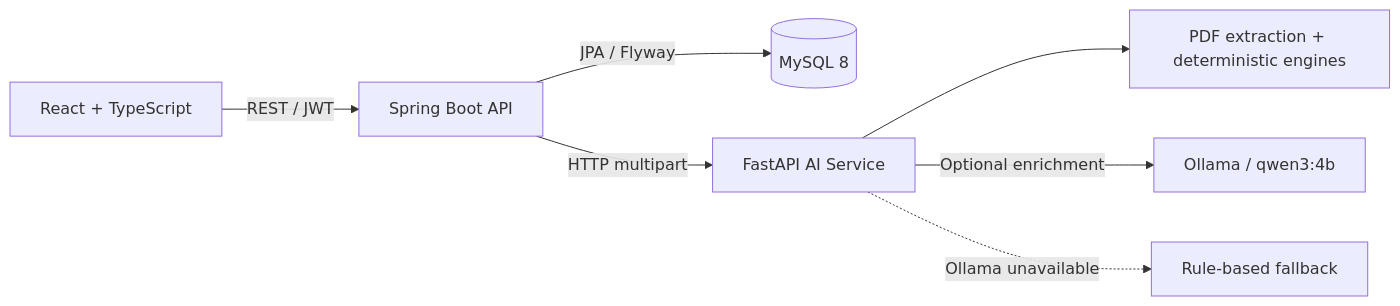
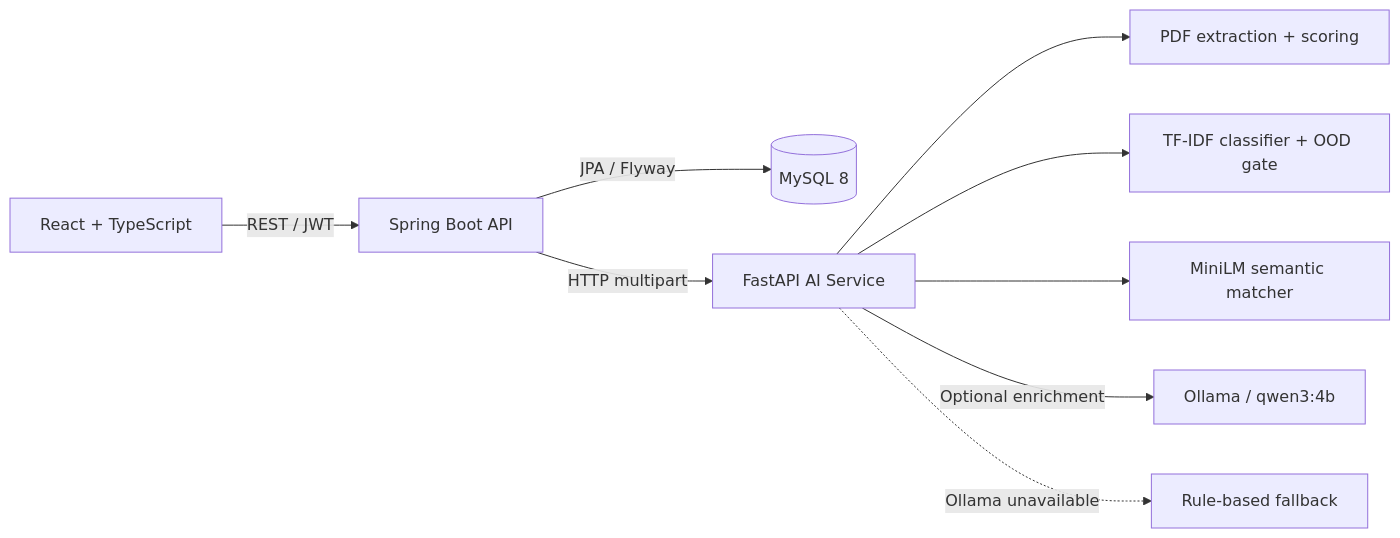
Before and after one commit to TranQuan231005/AI_RESUME_ANALYZER: the diagram in README.md, drawn with Mermaid. The commit also changed other lines of this file and 127 other files, not shown here.

````diff
--- a/README.md
+++ b/README.md
@@ -43,9 +43,11 @@
 ```mermaid
 flowchart LR
     Browser[React + TypeScript] -->|REST / JWT| Backend[Spring Boot API]
     Backend -->|JPA / Flyway| Database[(MySQL 8)]
     Backend -->|HTTP multipart| AI[FastAPI AI Service]
-    AI --> Parser[PDF extraction + deterministic engines]
+    AI --> Parser[PDF extraction + scoring]
+    AI --> Classifier[TF-IDF classifier + OOD gate]
+    AI --> Matcher[MiniLM semantic matcher]
     AI -->|Optional enrichment| Ollama[Ollama / qwen3:4b]
     AI -. Ollama unavailable .-> Fallback[Rule-based fallback]
 ```
````
